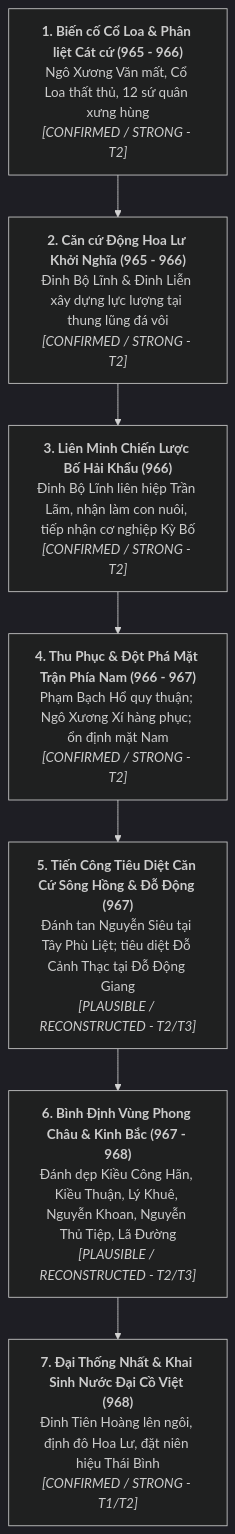
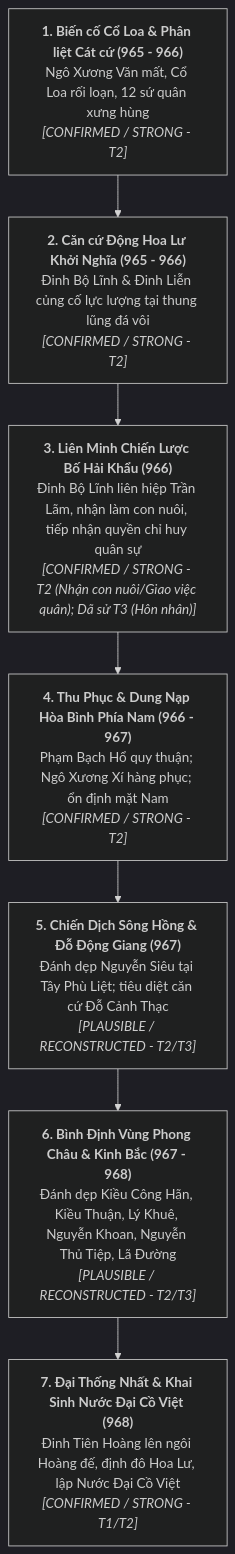
One commit to LightDucan/HuyenSu-TD changed the diagram in docs/drafts/viet-su/12-su-quan/chapter-outline.md. Above: the diagram before and after it, drawn with Mermaid (dark theme). The commit also changed other lines of this file and 5 other files, not shown here.

````diff
--- a/docs/drafts/viet-su/12-su-quan/chapter-outline.md
+++ b/docs/drafts/viet-su/12-su-quan/chapter-outline.md
@@ -50,10 +49,10 @@
 ```mermaid
 flowchart TD
-    E1["<b>1. Biến cố Cổ Loa & Phân liệt Cát cứ (965 - 966)</b><br>Ngô Xương Văn mất, Cổ Loa thất thủ, 12 sứ quân xưng hùng<br><i>[CONFIRMED / STRONG - T2]</i>"]
-    --> E2["<b>2. Căn cứ Động Hoa Lư Khởi Nghĩa (965 - 966)</b><br>Đinh Bộ Lĩnh & Đinh Liễn xây dựng lực lượng tại thung lũng đá vôi<br><i>[CONFIRMED / STRONG - T2]</i>"]
-    --> E3["<b>3. Liên Minh Chiến Lược Bố Hải Khẩu (966)</b><br>Đinh Bộ Lĩnh liên hiệp Trần Lãm, nhận làm con nuôi, tiếp nhận cơ nghiệp Kỳ Bố<br><i>[CONFIRMED / STRONG - T2]</i>"]
-    --> E4["<b>4. Thu Phục & Đột Phá Mặt Trận Phía Nam (966 - 967)</b><br>Phạm Bạch Hổ quy thuận; Ngô Xương Xí hàng phục; ổn định mặt Nam<br><i>[CONFIRMED / STRONG - T2]</i>"]
-    --> E5["<b>5. Tiến Công Tiêu Diệt Căn Cứ Sông Hồng & Đỗ Động (967)</b><br>Đánh tan Nguyễn Siêu tại Tây Phù Liệt; tiêu diệt Đỗ Cảnh Thạc tại Đỗ Động Giang<br><i>[PLAUSIBLE / RECONSTRUCTED - T2/T3]</i>"]
+    E1["<b>1. Biến cố Cổ Loa & Phân liệt Cát cứ (965 - 966)</b><br>Ngô Xương Văn mất, Cổ Loa rối loạn, 12 sứ quân xưng hùng<br><i>[CONFIRMED / STRONG - T2]</i>"]
+    --> E2["<b>2. Căn cứ Động Hoa Lư Khởi Nghĩa (965 - 966)</b><br>Đinh Bộ Lĩnh & Đinh Liễn củng cố lực lượng tại thung lũng đá vôi<br><i>[CONFIRMED / STRONG - T2]</i>"]
+    --> E3["<b>3. Liên Minh Chiến Lược Bố Hải Khẩu (966)</b><br>Đinh Bộ Lĩnh liên hiệp Trần Lãm, nhận làm con nuôi, tiếp nhận quyền chỉ huy quân sự<br><i>[CONFIRMED / STRONG - T2 (Nhận con nuôi/Giao việc quân); Dã sử T3 (Hôn nhân)]</i>"]
+    --> E4["<b>4. Thu Phục & Dung Nạp Hòa Bình Phía Nam (966 - 967)</b><br>Phạm Bạch Hổ quy thuận; Ngô Xương Xí hàng phục; ổn định mặt Nam<br><i>[CONFIRMED / STRONG - T2]</i>"]
+    --> E5["<b>5. Chiến Dịch Sông Hồng & Đỗ Động Giang (967)</b><br>Đánh dẹp Nguyễn Siêu tại Tây Phù Liệt; tiêu diệt căn cứ Đỗ Cảnh Thạc<br><i>[PLAUSIBLE / RECONSTRUCTED - T2/T3]</i>"]
     --> E6["<b>6. Bình Định Vùng Phong Châu & Kinh Bắc (967 - 968)</b><br>Đánh dẹp Kiều Công Hãn, Kiều Thuận, Lý Khuê, Nguyễn Khoan, Nguyễn Thủ Tiệp, Lã Đường<br><i>[PLAUSIBLE / RECONSTRUCTED - T2/T3]</i>"]
-    --> E7["<b>7. Đại Thống Nhất & Khai Sinh Nước Đại Cồ Việt (968)</b><br>Đinh Tiên Hoàng lên ngôi, định đô Hoa Lư, đặt niên hiệu Thái Bình<br><i>[CONFIRMED / STRONG - T1/T2]</i>"]
+    --> E7["<b>7. Đại Thống Nhất & Khai Sinh Nước Đại Cồ Việt (968)</b><br>Đinh Tiên Hoàng lên ngôi Hoàng đế, định đô Hoa Lư, lập Nước Đại Cồ Việt<br><i>[CONFIRMED / STRONG - T1/T2]</i>"]
 ```
````
